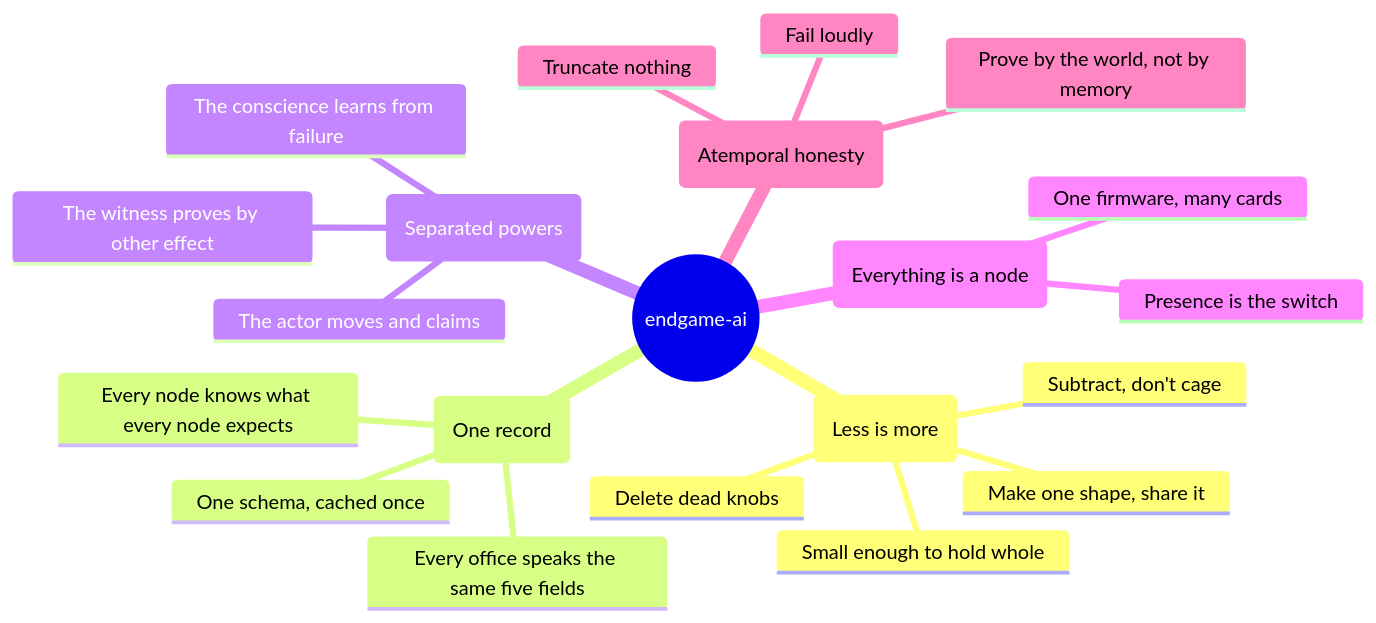
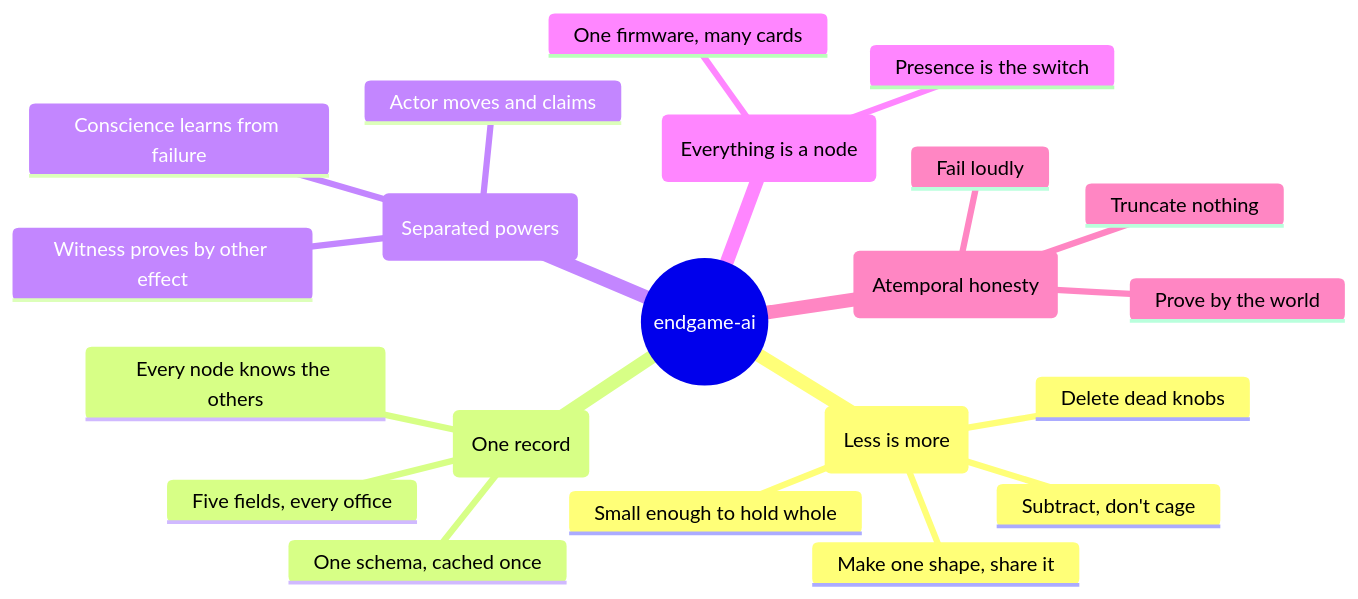
One commit to wgabrys88/endgame-ai changed the first of 6 diagrams in README.md. Above: the diagram before and after it, drawn with Mermaid. The commit also changed other lines of this file, not shown here.

````diff
--- a/README.md
+++ b/README.md
@@ -17,24 +48,24 @@
 ```mermaid
 mindmap
   root((endgame-ai))
     (Less is more)
       Subtract, don't cage
       Make one shape, share it
       Delete dead knobs
       Small enough to hold whole
     (One record)
-      Every office speaks the same five fields
+      Five fields, every office
       One schema, cached once
-      Every node knows what every node expects
+      Every node knows the others
     (Separated powers)
-      The actor moves and claims
-      The witness proves by other effect
-      The conscience learns from failure
+      Actor moves and claims
+      Witness proves by other effect
+      Conscience learns from failure
     (Everything is a node)
       One firmware, many cards
       Presence is the switch
     (Atemporal honesty)
-      Prove by the world, not by memory
+      Prove by the world
       Truncate nothing
       Fail loudly
 ```
````
